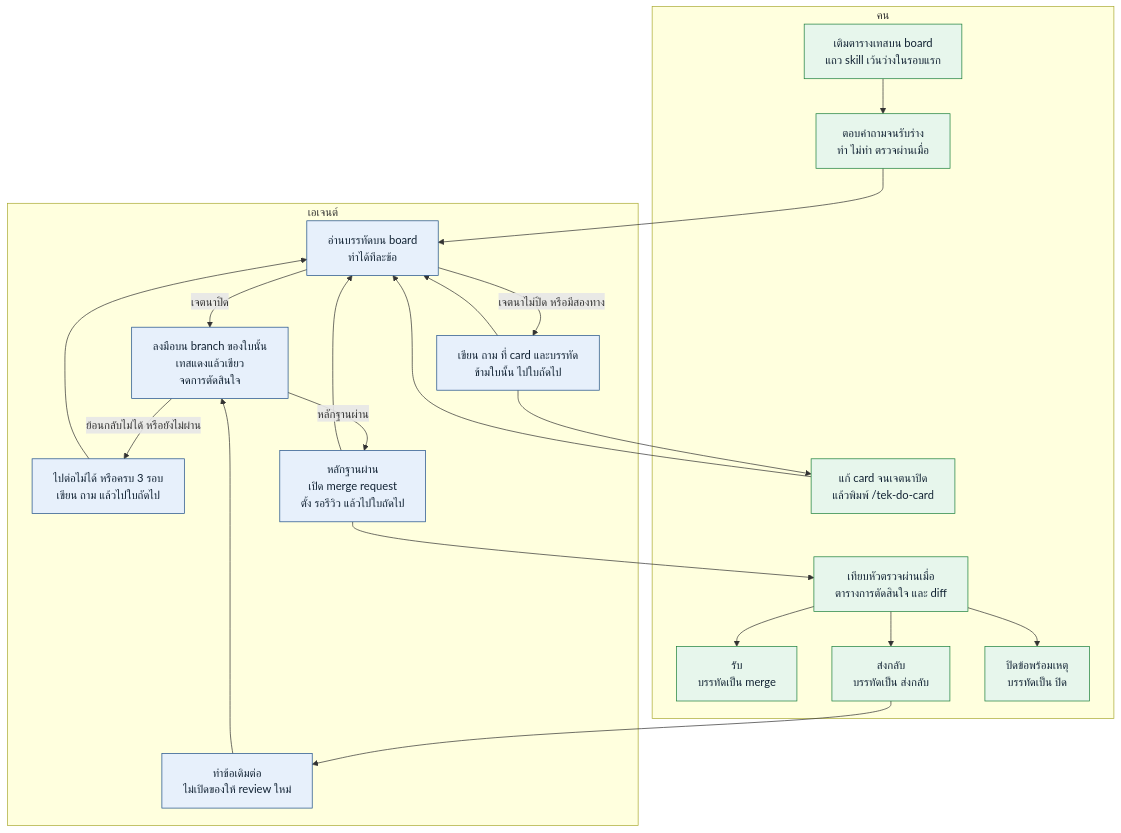
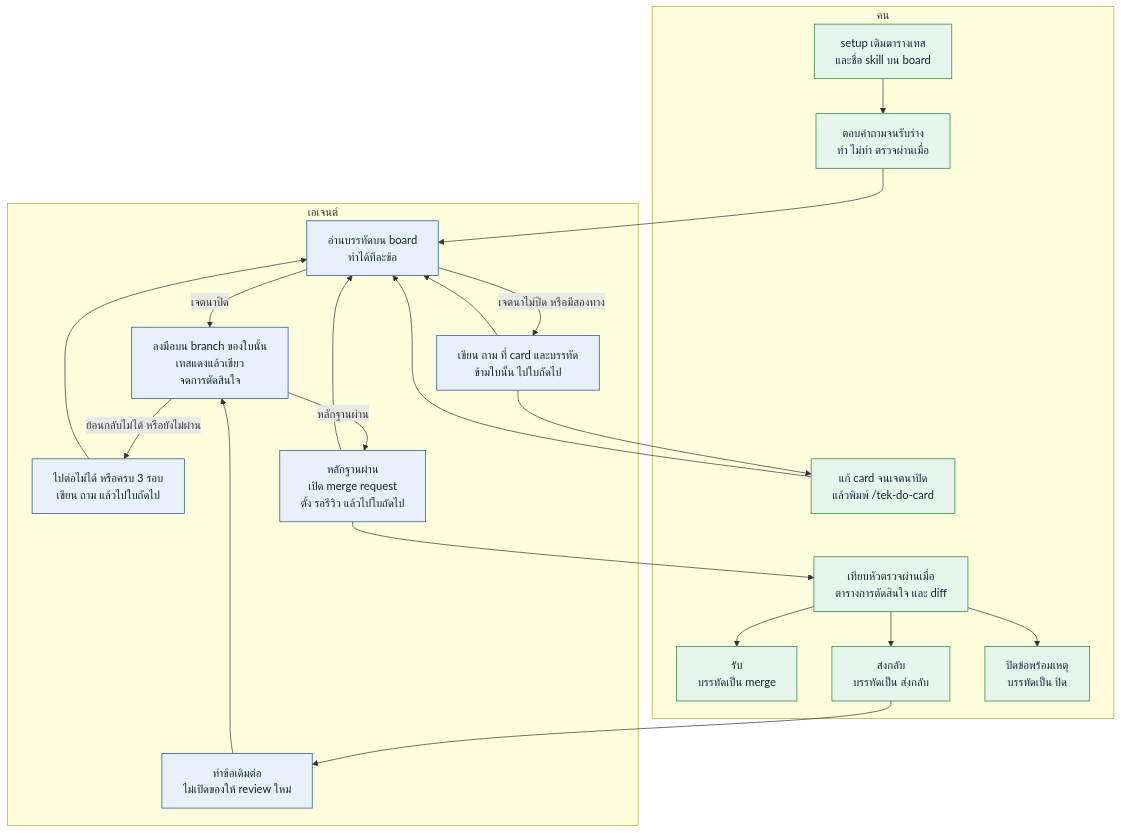
Before and after one commit to thitinan147/jtek-skill: the diagram in README.md, drawn with Mermaid. The commit also changed other lines of this file and 5 other files, not shown here.

First line of the commit message:
feat: fill the board from the repo during setup

````diff
--- a/README.md
+++ b/README.md
@@ -86,41 +86,41 @@
 ```mermaid
 flowchart TD
   subgraph person ["คน"]
-    fill["เติมตารางเทสบน board<br/>แถว skill เว้นว่างในรอบแรก"]
+    fill["setup เติมตารางเทส<br/>และชื่อ skill บน board"]
     card["ตอบคำถามจนรับร่าง<br/>ทำ ไม่ทำ ตรวจผ่านเมื่อ"]
     edit["แก้ card จนเจตนาปิด<br/>แล้วพิมพ์ /tek-do-card"]
     look["เทียบหัวตรวจผ่านเมื่อ<br/>ตารางการตัดสินใจ และ diff"]
     done["รับ<br/>บรรทัดเป็น merge"]
     back["ส่งกลับ<br/>บรรทัดเป็น ส่งกลับ"]
     drop["ปิดข้อพร้อมเหตุ<br/>บรรทัดเป็น ปิด"]
   end
 
   subgraph agent ["เอเจนต์"]
     line["อ่านบรรทัดบน board<br/>ทำได้ทีละข้อ"]
     ask["เขียน ถาม ที่ card และบรรทัด<br/>ข้ามใบนั้น ไปใบถัดไป"]
     work["ลงมือบน branch ของใบนั้น<br/>เทสแดงแล้วเขียว<br/>จดการตัดสินใจ"]
     stuck["ไปต่อไม่ได้ หรือครบ 3 รอบ<br/>เขียน ถาม แล้วไปใบถัดไป"]
     wait["หลักฐานผ่าน<br/>เปิด merge request<br/>ตั้ง รอรีวิว แล้วไปใบถัดไป"]
     again["ทำข้อเดิมต่อ<br/>ไม่เปิดของให้ review ใหม่"]
   end
 
   fill --> card --> line
   line -->|เจตนาไม่ปิด หรือมีสองทาง| ask
   ask --> line
   ask --> edit --> line
   line -->|เจตนาปิด| work
   work -->|ย้อนกลับไม่ได้ หรือยังไม่ผ่าน| stuck
   stuck --> line
   work -->|หลักฐานผ่าน| wait
   wait --> line
   wait --> look
   look --> done
   look --> back
   look --> drop
   back --> again --> work
 
   classDef human fill:#e7f6ec,stroke:#1b7f3b,color:#123
   classDef bot fill:#e7f0fb,stroke:#1d4e89,color:#123
   class fill,card,edit,look,done,back,drop human
   class line,ask,work,stuck,wait,again bot
 ```
````
